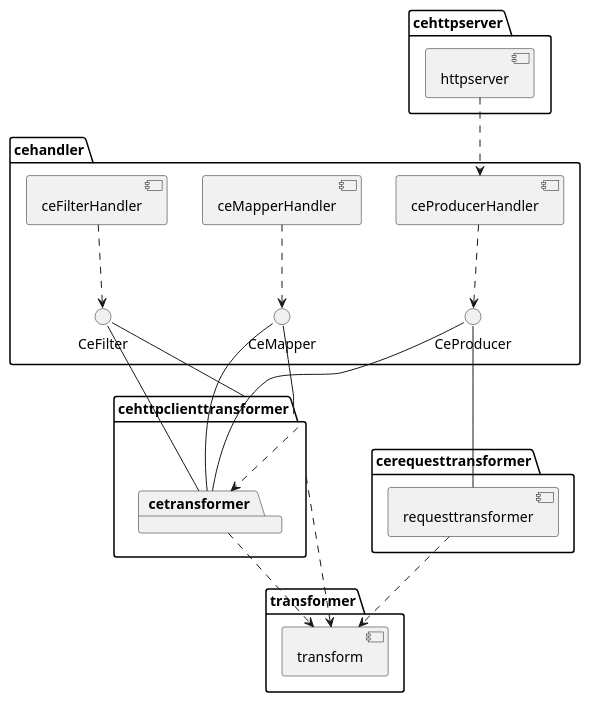
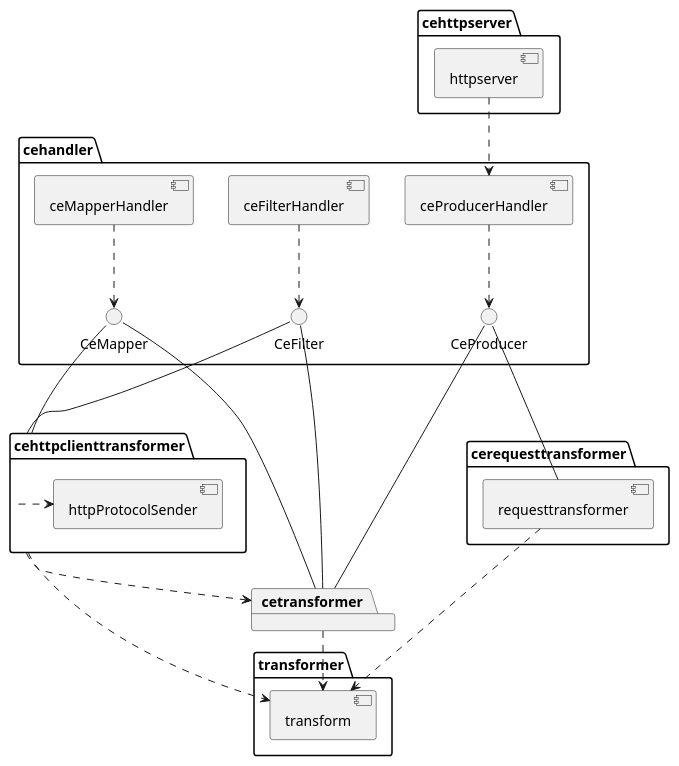
One commit to alitari/ce-go-template changed the diagram in docs/architecture.md. Above: the diagram before and after it, drawn with PlantUML.

Commit message:
Beautify diagram

````diff
--- a/docs/architecture.md
+++ b/docs/architecture.md
@@ -1,42 +1,44 @@
 ```plantuml
 @startuml
 
 
 package "cehttpserver" {
     [httpserver]
 }
 
 package "cehandler" {
   interface CeMapper
   interface CeFilter
   interface CeProducer
   [ceMapperHandler] ..> CeMapper
   [ceFilterHandler] ..> CeFilter
   [ceProducerHandler] ..> CeProducer
   [httpserver] ..> [ceProducerHandler]
 }
 
-package "cerequesttransformer" {
-    CeProducer -- [requesttransformer]
-}
-
-package "cehttpclienttransformer" {
-    CeMapper -- [cehttpclienttransformer]
-    CeFilter -- [cehttpclienttransformer]
-    [cehttpclienttransformer] ..> [cetransformer]
-}
-
 package "cetransformer" {
     CeMapper -- [cetransformer]
     CeFilter -- [cetransformer]
     CeProducer -- [cetransformer]
 }
+
+package "cerequesttransformer" {
+    CeProducer --- [requesttransformer]
+}
+
+package "cehttpclienttransformer" {
+    CeMapper --- [cehttpclienttransformer]
+    CeFilter --- [cehttpclienttransformer]
+    [cehttpclienttransformer] ..> [cetransformer]
+    [cehttpclienttransformer] .> [httpProtocolSender]
+}
+
 
 package "transformer" {
   [transform]
     [cetransformer] ..> [transform]
     [cehttpclienttransformer] ..> [transform]
     [requesttransformer] ..> [transform]
 }
 @enduml
 ```
````
